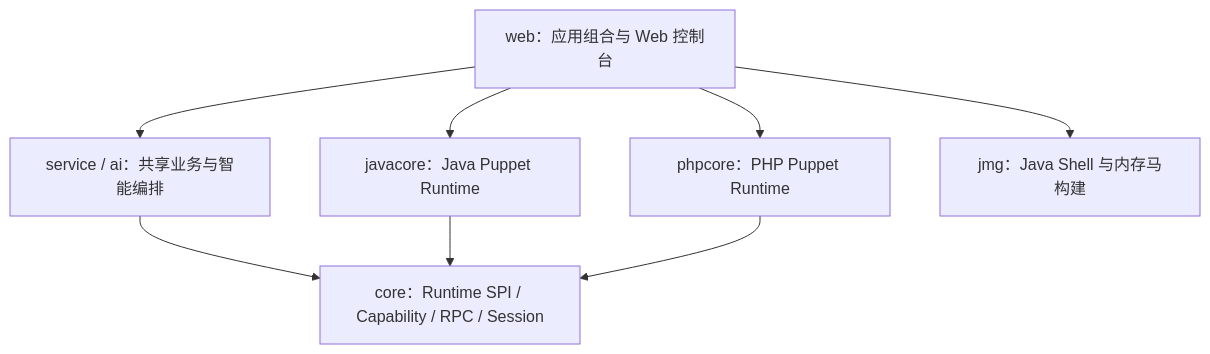
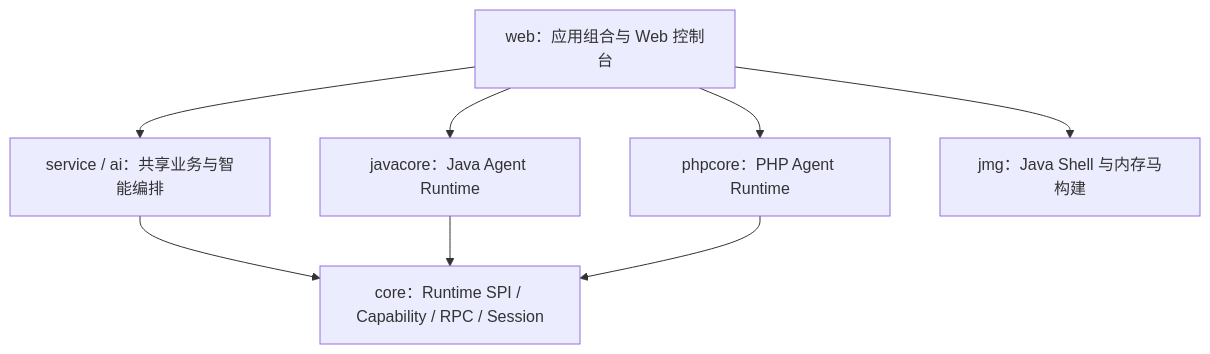
Before and after one commit to cha0upup/LeoAI: the diagram in README.md, drawn with Mermaid. The commit also changed other lines of this file and 997 other files, not shown here.

````diff
--- a/README.md
+++ b/README.md
@@ -66,10 +70,10 @@
 ```mermaid
 graph TD
     web["web：应用组合与 Web 控制台"] --> service["service / ai：共享业务与智能编排"]
-    web --> java["javacore：Java Puppet Runtime"]
-    web --> php["phpcore：PHP Puppet Runtime"]
+    web --> java["javacore：Java Agent Runtime"]
+    web --> php["phpcore：PHP Agent Runtime"]
     service --> core["core：Runtime SPI / Capability / RPC / Session"]
     java --> core
     php --> core
     web --> jmg["jmg：Java Shell 与内存马构建"]
 ```
````
